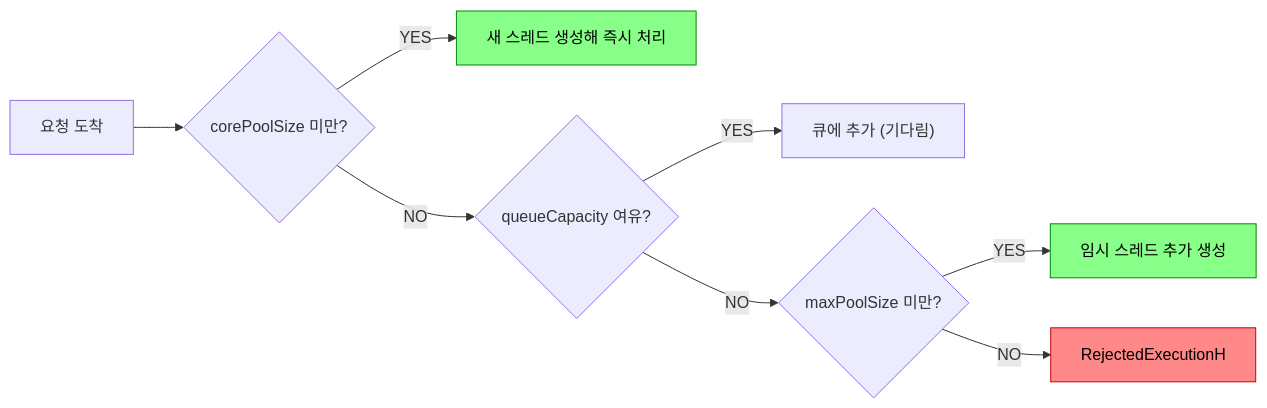
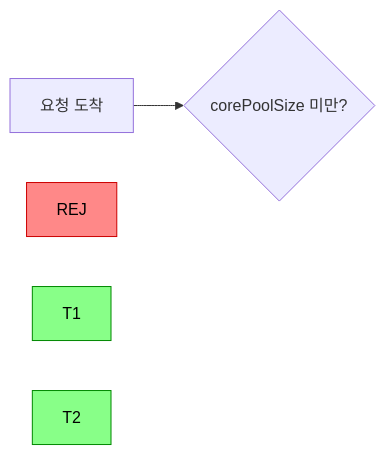
One commit to yjkim2015/yjkim2015.github.io changed the second of 2 diagrams in _posts/spring/2026-05-01-spring-async.md. Above: the diagram before and after it, drawn with Mermaid. The commit also changed 149 other files, not shown here.

First line of the commit message:
Mermaid 가독성 개선: 라벨 축약, 노드 축소, TD→LR 변환

````diff
--- a/_posts/spring/2026-05-01-spring-async.md
+++ b/_posts/spring/2026-05-01-spring-async.md
@@ -146,13 +146,7 @@
 ```mermaid
 graph LR
     REQ["요청 도착"] --> C1{"corePoolSize 미만?"}
-    C1 -->|"YES"| T1["새 스레드 생성해 즉시 처리"]
-    C1 -->|"NO"| C2{"queueCapacity 여유?"}
-    C2 -->|"YES"| Q["큐에 추가 (기다림)"]
-    C2 -->|"NO"| C3{"maxPoolSize 미만?"}
-    C3 -->|"YES"| T2["임시 스레드 추가 생성"]
-    C3 -->|"NO"| REJ["RejectedExecutionH"]
     style REJ fill:#f88,stroke:#c00,color:#000
     style T1 fill:#8f8,stroke:#080,color:#000
     style T2 fill:#8f8,stroke:#080,color:#000
 ```
````
